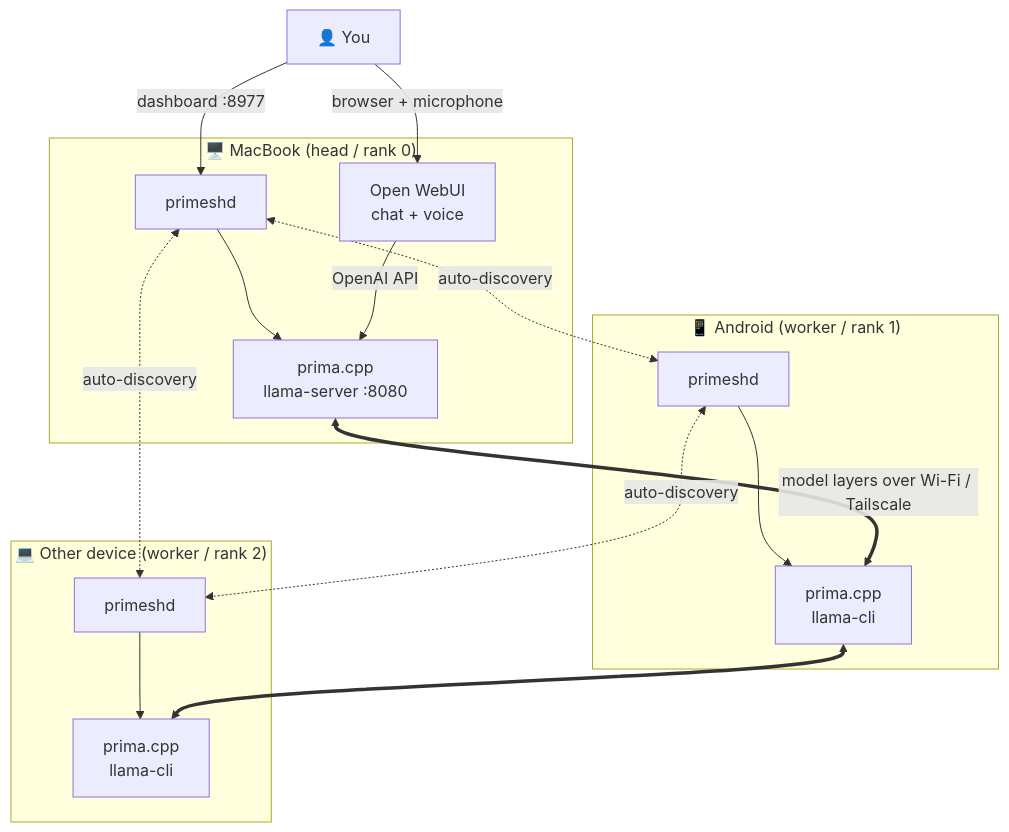
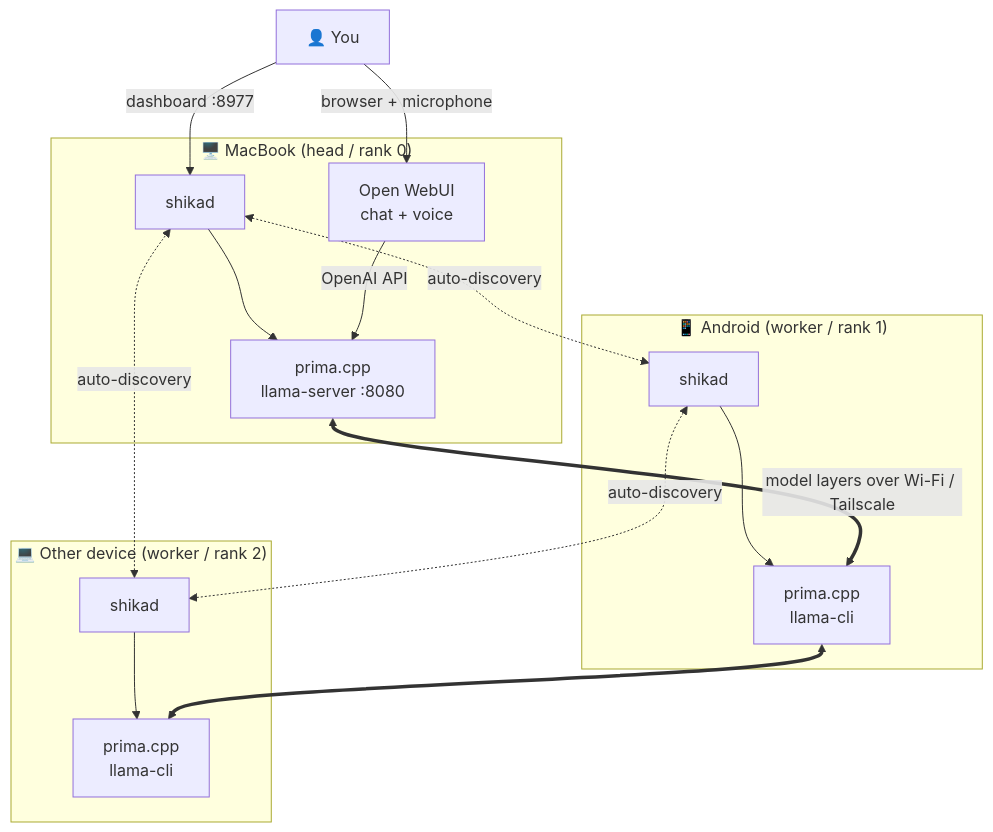
The diagram in README.md (braymix/shiAssistabt), drawn with Mermaid before and after one commit. The commit also changed other lines of this file and 16 other files, not shown here.

````diff
--- a/README.md
+++ b/README.md
@@ -31,22 +31,22 @@
 ```mermaid
 flowchart TB
   subgraph Mac["🖥️ MacBook (head / rank 0)"]
-    D0[primeshd] --> S0[prima.cpp<br/>llama-server :8080]
+    D0[shikad] --> S0[prima.cpp<br/>llama-server :8080]
     OWUI[Open WebUI<br/>chat + voice]
   end
   subgraph Phone["📱 Android (worker / rank 1)"]
-    D1[primeshd] --> S1[prima.cpp<br/>llama-cli]
+    D1[shikad] --> S1[prima.cpp<br/>llama-cli]
   end
   subgraph PC["💻 Other device (worker / rank 2)"]
-    D2[primeshd] --> S2[prima.cpp<br/>llama-cli]
+    D2[shikad] --> S2[prima.cpp<br/>llama-cli]
   end
 
   D0 <-. auto-discovery .-> D1
   D1 <-. auto-discovery .-> D2
   D2 <-. auto-discovery .-> D0
   S0 <==>|model layers over Wi-Fi / Tailscale| S1
   S1 <==> S2
   OWUI -->|OpenAI API| S0
   You[👤 You] -->|browser + microphone| OWUI
   You -->|dashboard :8977| D0
 ```
````
